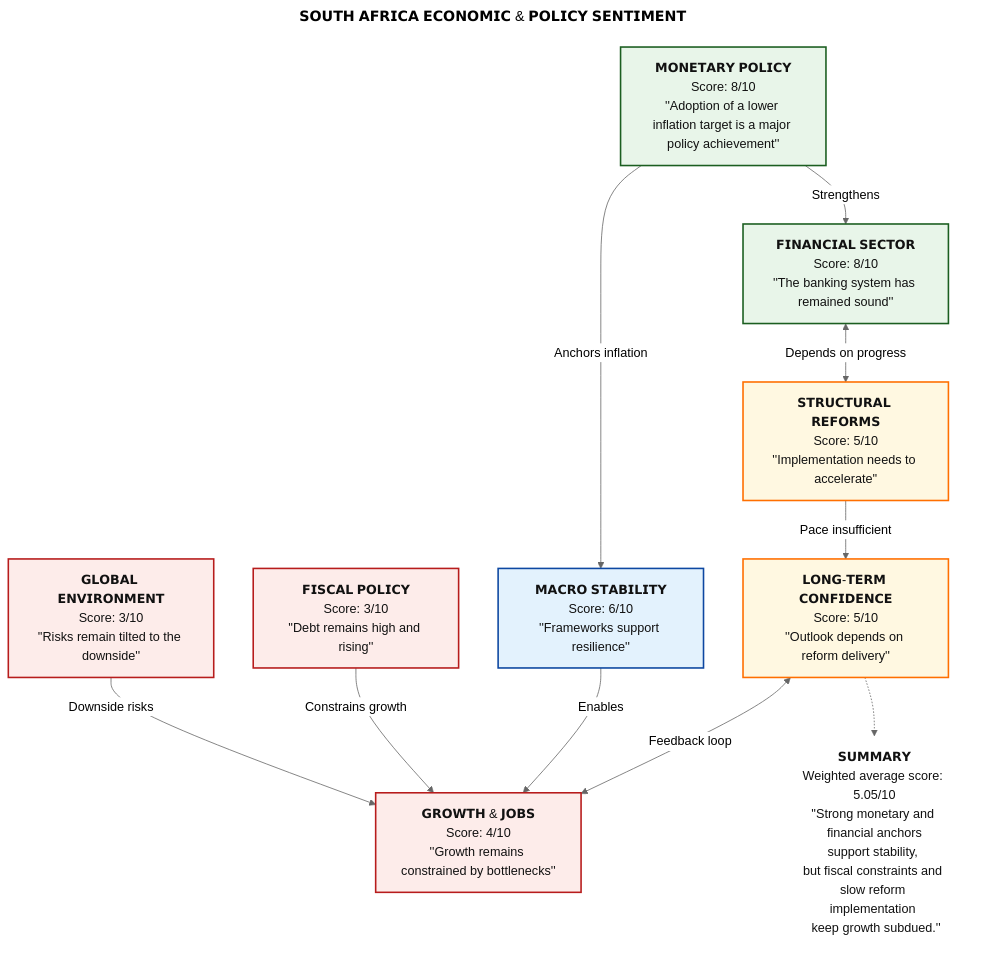
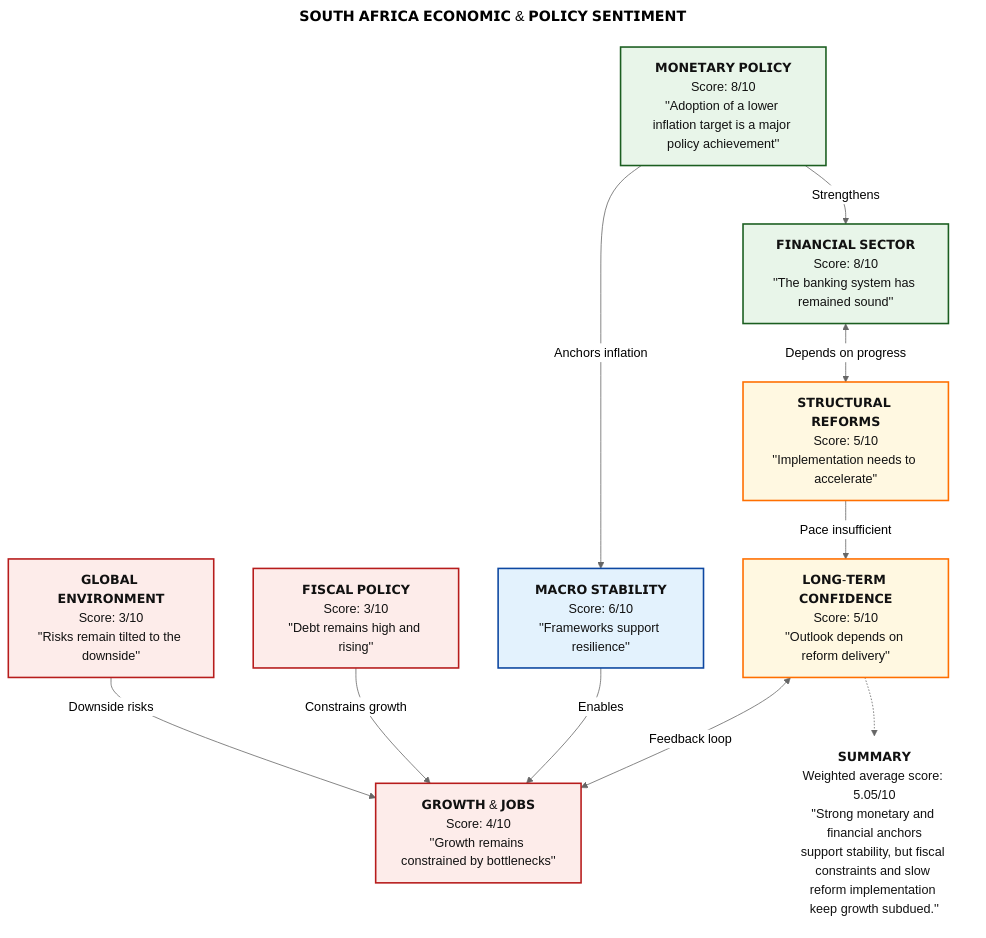
One commit to scanback/docs changed the first of 2 diagrams in articles-posts/economic-sentiment-zaf.md. Above: the diagram before and after it, drawn with Mermaid (neutral theme).

```diff
--- a/articles-posts/economic-sentiment-zaf.md
+++ b/articles-posts/economic-sentiment-zaf.md
@@ -26,43 +26,43 @@
 <div class="mermaid">
 ---
 title: 𝗦𝗢𝗨𝗧𝗛 𝗔𝗙𝗥𝗜𝗖𝗔 𝗘𝗖𝗢𝗡𝗢𝗠𝗜𝗖 & 𝗣𝗢𝗟𝗜𝗖𝗬 𝗦𝗘𝗡𝗧𝗜𝗠𝗘𝗡𝗧
 ---
 flowchart TD
 
 %% ========= NODES =========
 GE["𝗚𝗟𝗢𝗕𝗔𝗟 𝗘𝗡𝗩𝗜𝗥𝗢𝗡𝗠𝗘𝗡𝗧\nScore: 3/10<br/>''Risks remain tilted to the downside''"]:::risk
 FP["𝗙𝗜𝗦𝗖𝗔𝗟 𝗣𝗢𝗟𝗜𝗖𝗬\nScore: 3/10<br/>''Debt remains high and rising''"]:::risk
 GJ["𝗚𝗥𝗢𝗪𝗧𝗛 & 𝗝𝗢𝗕𝗦\nScore: 4/10<br/>''Growth remains constrained by bottlenecks''"]:::risk
 MP["𝗠𝗢𝗡𝗘𝗧𝗔𝗥𝗬 𝗣𝗢𝗟𝗜𝗖𝗬\nScore: 8/10<br/>''Adoption of a lower inflation target is a major policy achievement''"]:::strong
 MS["𝗠𝗔𝗖𝗥𝗢 𝗦𝗧𝗔𝗕𝗜𝗟𝗜𝗧𝗬\nScore: 6/10<br/>''Frameworks support resilience''"]:::neutral
 FS["𝗙𝗜𝗡𝗔𝗡𝗖𝗜𝗔𝗟 𝗦𝗘𝗖𝗧𝗢𝗥\nScore: 8/10<br/>''The banking system has remained sound''"]:::strong
 SR["𝗦𝗧𝗥𝗨𝗖𝗧𝗨𝗥𝗔𝗟 𝗥𝗘𝗙𝗢𝗥𝗠𝗦\nScore: 5/10<br/>''Implementation needs to accelerate''"]:::mixed
 LC["𝗟𝗢𝗡𝗚-𝗧𝗘𝗥𝗠 𝗖𝗢𝗡𝗙𝗜𝗗𝗘𝗡𝗖𝗘\nScore: 5/10<br/>''Outlook depends on reform delivery''"]:::mixed
 
 %% ========= RELATIONSHIPS =========
 GE -->|Downside risks| GJ
 FP -->|Constrains growth| GJ
 MP -->|Anchors inflation| MS
 MS -->|Enables| GJ
 MP -->|Strengthens| FS
 FS <-->|Depends on progress| SR
 SR -->|Pace insufficient| LC
 LC <-->|Feedback loop| GJ
 
 %% ========= INVISIBLE LAYOUT CONTROL =========
 ANCHOR[" "]:::anchor
 
 %% ========= SUMMARY (FORCED BELOW, NO VISIBLE ARROWS) =========
 SUM["𝗦𝗨𝗠𝗠𝗔𝗥𝗬<br/>Weighted average score: 5.05/10<br/>''Strong monetary and financial anchors
-support stability, <br/>but fiscal constraints and slow reform implementation <br/> keep growth subdued.''"]:::summary
+support stability, but fiscal constraints and slow reform implementation keep growth subdued.''"]:::summary
 LC -.-> SUM:::anchor
 
 %% ========= STYLES =========
 classDef strong  fill:#E8F5E9,stroke:#1B5E20,stroke-width:2px,color:#111;
 classDef neutral fill:#E3F2FD,stroke:#0D47A1,stroke-width:2px,color:#111;
 classDef mixed   fill:#FFF8E1,stroke:#FF6F00,stroke-width:2px,color:#111;
 classDef risk    fill:#FDECEA,stroke:#B71C1C,stroke-width:2px,color:#111;
 classDef summary fill:#F5F5F5,stroke:#424242,stroke-width:2px,color:#111;
 classDef anchor fill:transparent,stroke:transparent;
 
 </div>
```
